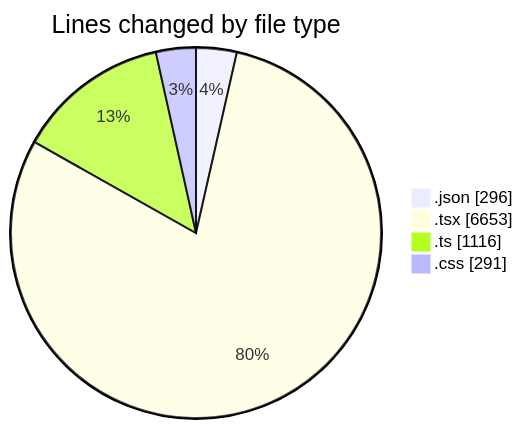
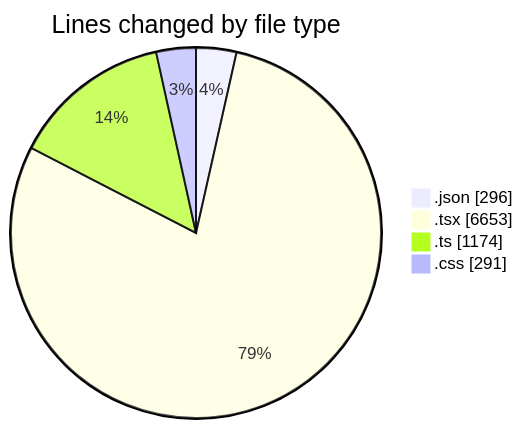
One commit to julien-gomy/code-tracking changed the first of 2 diagrams in 2025-10-07/eventscop-frontend-guide__workspace_/README.md. Above: the diagram before and after it, drawn with Mermaid. The commit also changed other lines of this file and 1 other file, not shown here.

````diff
--- a/2025-10-07/eventscop-frontend-guide__workspace_/README.md
+++ b/2025-10-07/eventscop-frontend-guide__workspace_/README.md
@@ -66,8 +67,8 @@
 ```mermaid
 pie showData
 title Lines changed by file type
 ".json" : 296
 ".tsx" : 6653
-".ts" : 1116
+".ts" : 1174
 ".css" : 291
 ```
````
